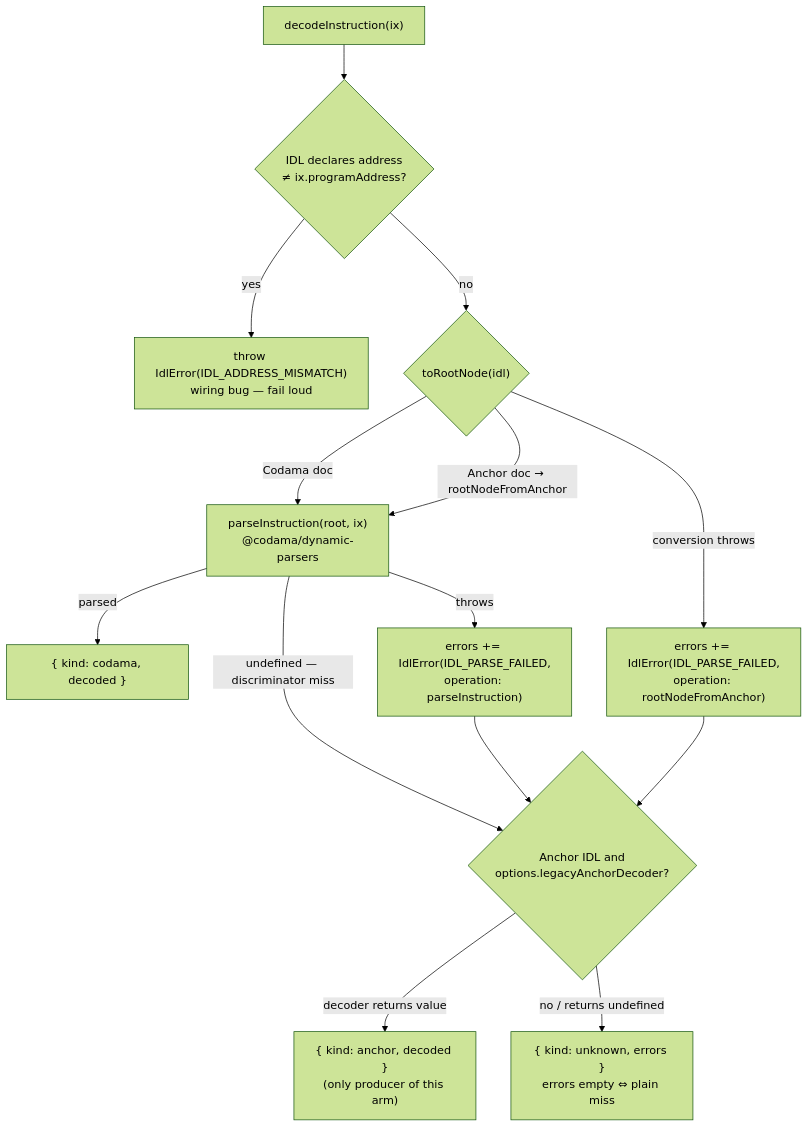
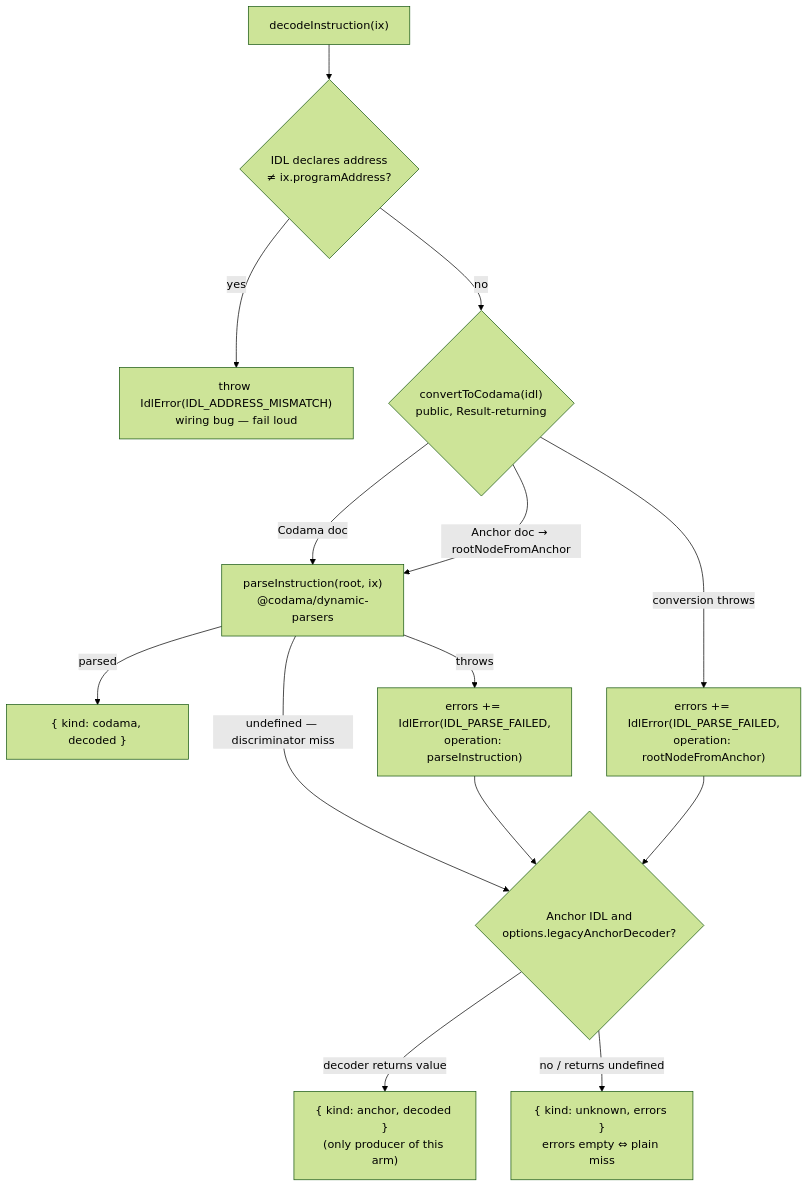
The second of 2 diagrams in packages/idl/openspec/changes/document-idl-client/design.md (hoodieshq/explorer), drawn with Mermaid (forest theme) before and after one commit. The commit also changed other lines of this file and 1 other file, not shown here.

Commit message:
docs(idl): sync openspec proposal and design with shipped client

````diff
--- a/packages/idl/openspec/changes/document-idl-client/design.md
+++ b/packages/idl/openspec/changes/document-idl-client/design.md
@@ -25,16 +30,16 @@
 ```mermaid
 flowchart TD
     IX["decodeInstruction(ix)"] --> ADDR{"IDL declares address<br/>≠ ix.programAddress?"}
     ADDR -->|yes| MISMATCH["throw IdlError(IDL_ADDRESS_MISMATCH)<br/>wiring bug — fail loud"]
-    ADDR -->|no| ROOT{"toRootNode(idl)"}
+    ADDR -->|no| ROOT{"convertToCodama(idl)<br/>public, Result-returning"}
     ROOT -->|"Codama doc"| PARSE
     ROOT -->|"Anchor doc → rootNodeFromAnchor"| PARSE["parseInstruction(root, ix)<br/>@codama/dynamic-parsers"]
     ROOT -->|"conversion throws"| COLLECT["errors += IdlError(IDL_PARSE_FAILED,<br/>operation: rootNodeFromAnchor)"]
     PARSE -->|"parsed"| CODAMA["{ kind: codama, decoded }"]
     PARSE -->|"undefined — discriminator miss"| FALLBACK
     PARSE -->|"throws"| COLLECT2["errors += IdlError(IDL_PARSE_FAILED,<br/>operation: parseInstruction)"]
     COLLECT --> FALLBACK{"Anchor IDL and<br/>options.legacyAnchorDecoder?"}
     COLLECT2 --> FALLBACK
     FALLBACK -->|"decoder returns value"| ANCHOR["{ kind: anchor, decoded }<br/>(only producer of this arm)"]
     FALLBACK -->|"no / returns undefined"| UNKNOWN["{ kind: unknown, errors }<br/>errors empty ⇔ plain miss"]
 ```
````
